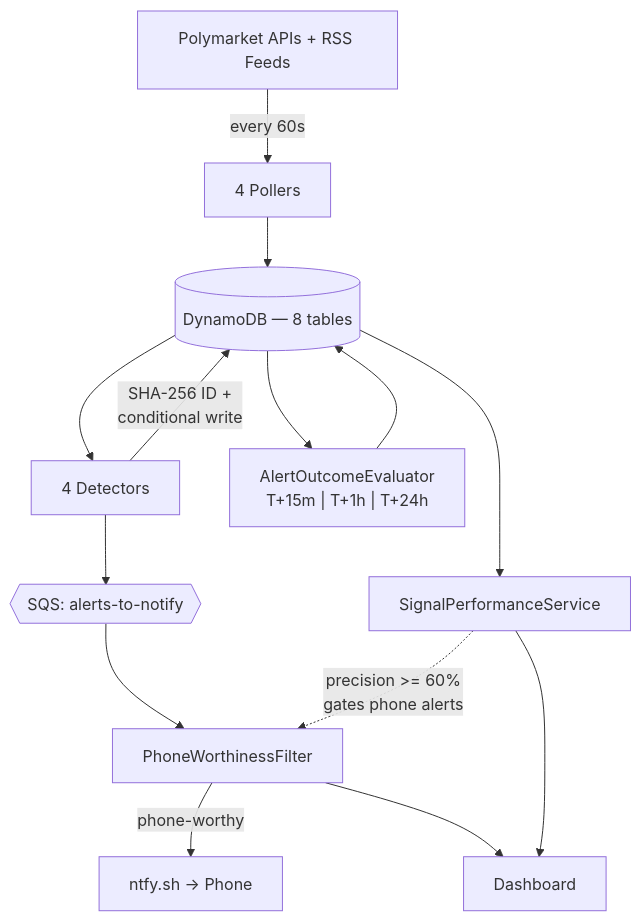
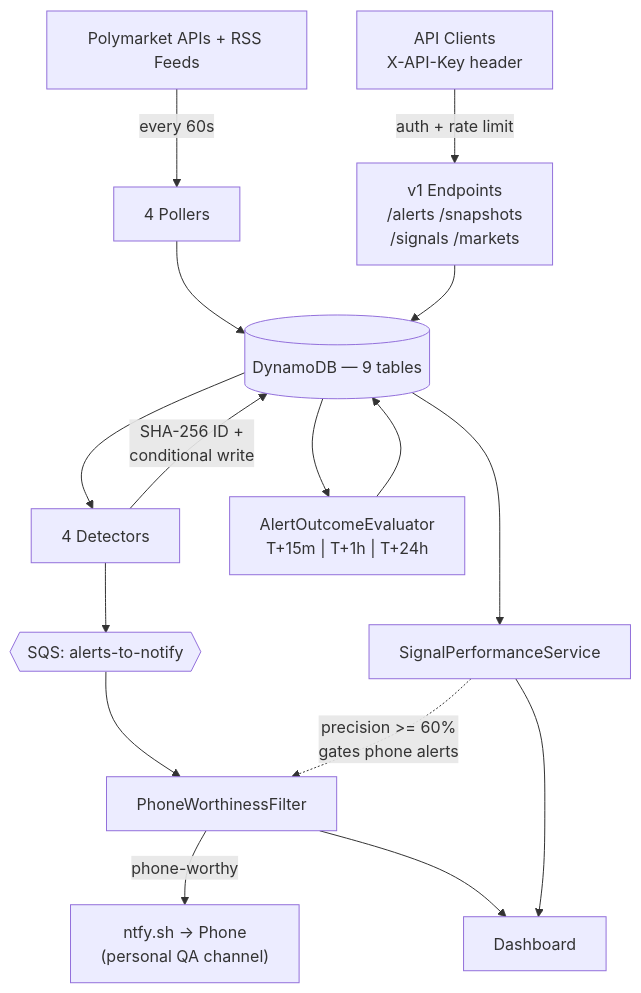
The diagram in README.md (leonardholler/polysign), drawn with Mermaid before and after one commit. The commit also changed other lines of this file and 5 other files, not shown here.

````diff
--- a/README.md
+++ b/README.md
@@ -17,17 +17,19 @@
 ```mermaid
 flowchart TD
     sources["Polymarket APIs + RSS Feeds"]
     sources -->|"every 60s"| pollers["4 Pollers"]
-    pollers --> dynamo[("DynamoDB — 8 tables")]
+    pollers --> dynamo[("DynamoDB — 9 tables")]
     dynamo --> detectors["4 Detectors"]
     detectors -->|"SHA-256 ID +\nconditional write"| dynamo
     detectors --> sqs{{"SQS: alerts-to-notify"}}
     sqs --> filter["PhoneWorthinessFilter"]
-    filter -->|"phone-worthy"| ntfy["ntfy.sh → Phone"]
+    filter -->|"phone-worthy"| ntfy["ntfy.sh → Phone\n(personal QA channel)"]
     filter --> dash["Dashboard"]
     dynamo --> eval["AlertOutcomeEvaluator\nT+15m | T+1h | T+24h"]
     eval --> dynamo
     dynamo --> perf["SignalPerformanceService"]
     perf --> dash
     perf -.->|"precision >= 60%\ngates phone alerts"| filter
+    clients["API Clients\nX-API-Key header"] -->|"auth + rate limit"| v1["v1 Endpoints\n/alerts /snapshots\n/signals /markets"]
+    v1 --> dynamo
 ```
````
